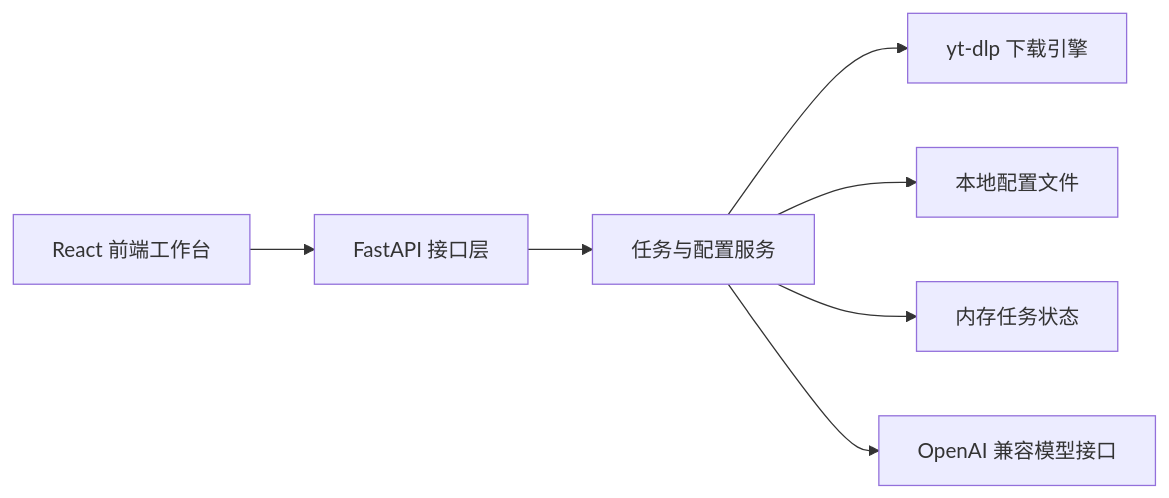
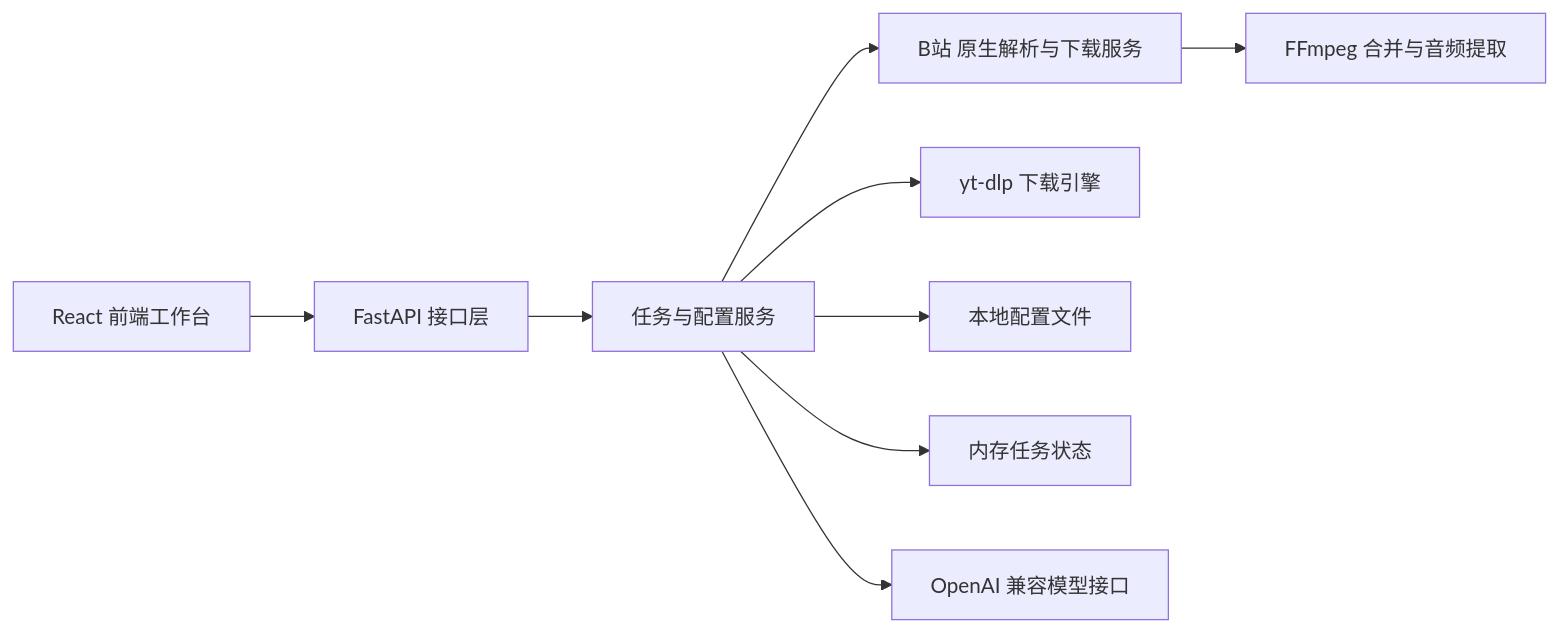
One commit to 250shiwo/video-Downloader changed the first of 3 diagrams in .trae/documents/video-downloader-architecture.md. Above: the diagram before and after it, drawn with Mermaid. The commit also changed other lines of this file and 10 other files, not shown here.

````diff
--- a/.trae/documents/video-downloader-architecture.md
+++ b/.trae/documents/video-downloader-architecture.md
@@ -3,9 +3,11 @@
 ```mermaid
 flowchart LR
     A["React 前端工作台"] --> B["FastAPI 接口层"]
     B --> C["任务与配置服务"]
-    C --> D["yt-dlp 下载引擎"]
-    C --> E["本地配置文件"]
-    C --> F["内存任务状态"]
-    C --> G["OpenAI 兼容模型接口"]
+    C --> D["B站 原生解析与下载服务"]
+    C --> E["yt-dlp 下载引擎"]
+    D --> F["FFmpeg 合并与音频提取"]
+    C --> G["本地配置文件"]
+    C --> H["内存任务状态"]
+    C --> I["OpenAI 兼容模型接口"]
 ```
````
